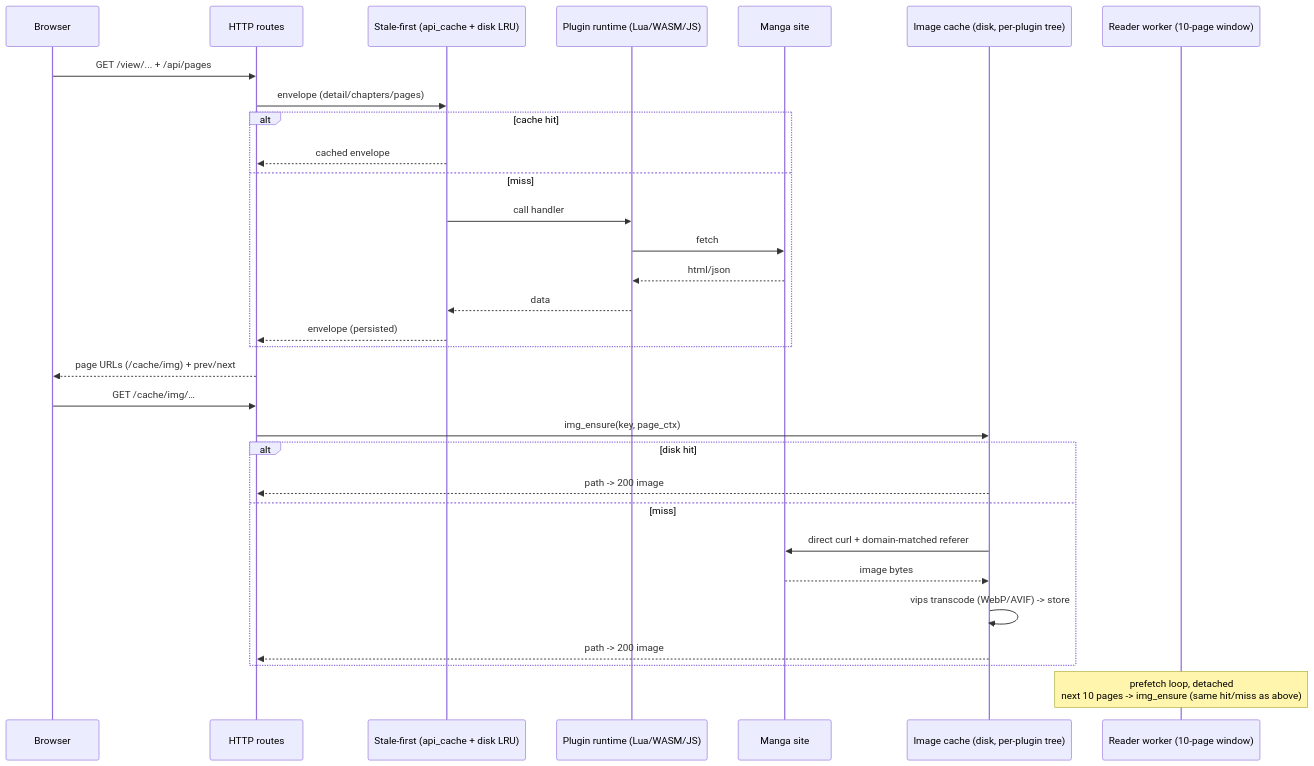
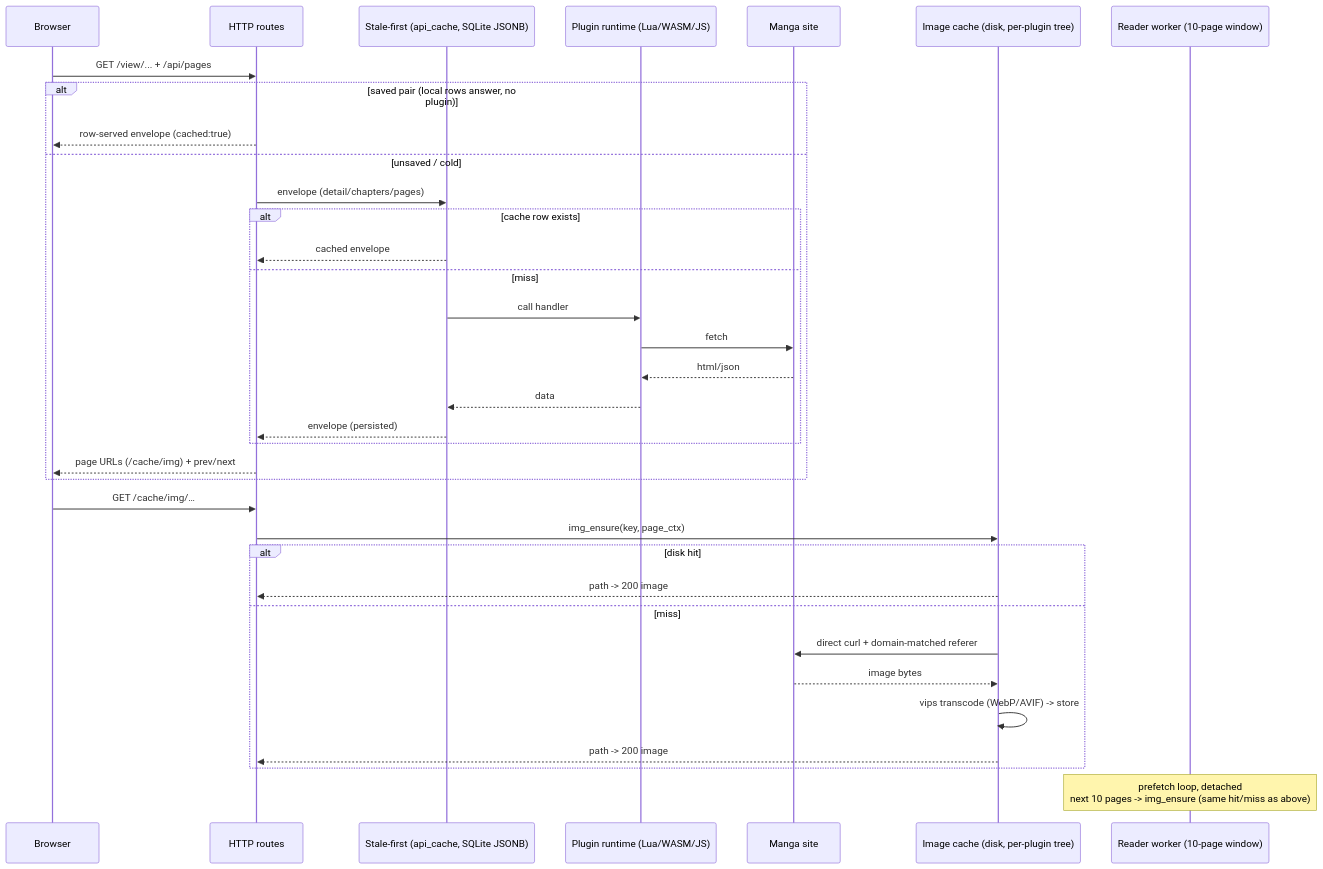
Before and after one commit to kenzanin/cppIsekai: the second of 3 diagrams in README.md, drawn with Mermaid. The commit also changed other lines of this file and 2 other files, not shown here.

Commit message:
docs: README truth-pass - no-FK prose, ownership ERD, ephemeral store in diagrams, route/cache/layout facts

````diff
--- a/README.md
+++ b/README.md
@@ -68,36 +69,40 @@
 ```mermaid
 sequenceDiagram
     participant B as Browser
     participant H as HTTP routes
-    participant S as Stale-first (api_cache + disk LRU)
+    participant S as Stale-first (api_cache, SQLite JSONB)
     participant P as Plugin runtime (Lua/WASM/JS)
     participant X as Manga site
     participant C as Image cache (disk, per-plugin tree)
     participant W as Reader worker (10-page window)
 
     B->>H: GET /view/... + /api/pages
+    alt saved pair (local rows answer, no plugin)
+        H-->>B: row-served envelope (cached:true)
+    else unsaved / cold
     H->>S: envelope (detail/chapters/pages)
-    alt cache hit
+    alt cache row exists
         S-->>H: cached envelope
     else miss
         S->>P: call handler
         P->>X: fetch
         X-->>P: html/json
         P-->>S: data
         S-->>H: envelope (persisted)
     end
     H-->>B: page URLs (/cache/img) + prev/next
+    end
 
     B->>H: GET /cache/img/…
     H->>C: img_ensure(key, page_ctx)
     alt disk hit
         C-->>H: path -> 200 image
     else miss
         C->>X: direct curl + domain-matched referer
         X-->>C: image bytes
         C->>C: vips transcode (WebP/AVIF) -> store
         C-->>H: path -> 200 image
     end
 
     note over W: prefetch loop, detached<br/>next 10 pages -> img_ensure (same hit/miss as above)
 ```
````
